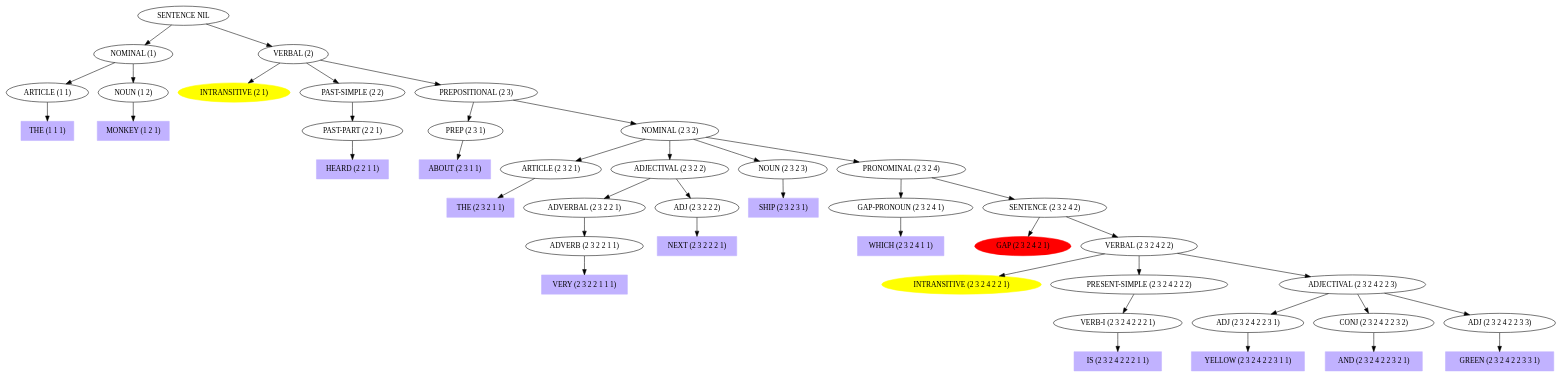
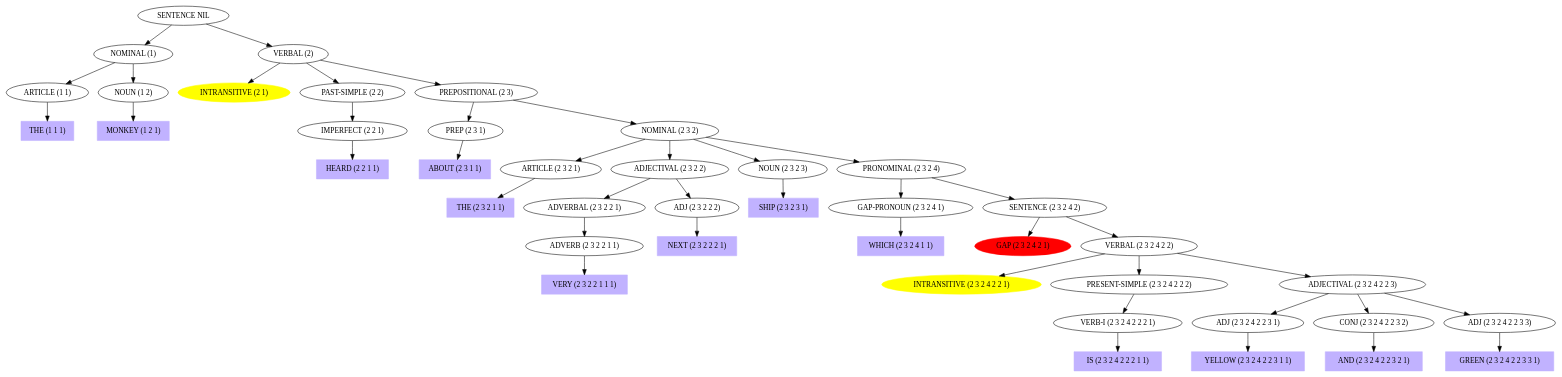
The diagram in sentence.dot (crossbowerbt/prolog-talk), drawn with Graphviz before and after one commit. The commit also changed 3 other files, not shown here.

```diff
--- a/sentence.dot
+++ b/sentence.dot
@@ -1,74 +1,74 @@
 digraph G {
 
 "SENTENCE NIL" -> "NOMINAL (1)"
 "NOMINAL (1)" -> "ARTICLE (1 1)"
 "ARTICLE (1 1)" -> "THE (1 1 1)"
 "THE (1 1 1)" [shape=box,style=filled,color=".7 .3 1.0"]
 
 "NOMINAL (1)" -> "NOUN (1 2)"
 "NOUN (1 2)" -> "MONKEY (1 2 1)"
 "MONKEY (1 2 1)" [shape=box,style=filled,color=".7 .3 1.0"]
 
 "SENTENCE NIL" -> "VERBAL (2)"
 "VERBAL (2)" -> "INTRANSITIVE (2 1)"
 "INTRANSITIVE (2 1)" [style=filled,color=yellow]
 "VERBAL (2)" -> "PAST-SIMPLE (2 2)"
-"PAST-SIMPLE (2 2)" -> "PAST-PART (2 2 1)"
-"PAST-PART (2 2 1)" -> "HEARD (2 2 1 1)"
+"PAST-SIMPLE (2 2)" -> "IMPERFECT (2 2 1)"
+"IMPERFECT (2 2 1)" -> "HEARD (2 2 1 1)"
 "HEARD (2 2 1 1)" [shape=box,style=filled,color=".7 .3 1.0"]
 
 "VERBAL (2)" -> "PREPOSITIONAL (2 3)"
 "PREPOSITIONAL (2 3)" -> "PREP (2 3 1)"
 "PREP (2 3 1)" -> "ABOUT (2 3 1 1)"
 "ABOUT (2 3 1 1)" [shape=box,style=filled,color=".7 .3 1.0"]
 
 "PREPOSITIONAL (2 3)" -> "NOMINAL (2 3 2)"
 "NOMINAL (2 3 2)" -> "ARTICLE (2 3 2 1)"
 "ARTICLE (2 3 2 1)" -> "THE (2 3 2 1 1)"
 "THE (2 3 2 1 1)" [shape=box,style=filled,color=".7 .3 1.0"]
 
 "NOMINAL (2 3 2)" -> "ADJECTIVAL (2 3 2 2)"
 "ADJECTIVAL (2 3 2 2)" -> "ADVERBAL (2 3 2 2 1)"
 "ADVERBAL (2 3 2 2 1)" -> "ADVERB (2 3 2 2 1 1)"
 "ADVERB (2 3 2 2 1 1)" -> "VERY (2 3 2 2 1 1 1)"
 "VERY (2 3 2 2 1 1 1)" [shape=box,style=filled,color=".7 .3 1.0"]
 
 "ADJECTIVAL (2 3 2 2)" -> "ADJ (2 3 2 2 2)"
 "ADJ (2 3 2 2 2)" -> "NEXT (2 3 2 2 2 1)"
 "NEXT (2 3 2 2 2 1)" [shape=box,style=filled,color=".7 .3 1.0"]
 
 "NOMINAL (2 3 2)" -> "NOUN (2 3 2 3)"
 "NOUN (2 3 2 3)" -> "SHIP (2 3 2 3 1)"
 "SHIP (2 3 2 3 1)" [shape=box,style=filled,color=".7 .3 1.0"]
 
 "NOMINAL (2 3 2)" -> "PRONOMINAL (2 3 2 4)"
 "PRONOMINAL (2 3 2 4)" -> "GAP-PRONOUN (2 3 2 4 1)"
 "GAP-PRONOUN (2 3 2 4 1)" -> "WHICH (2 3 2 4 1 1)"
 "WHICH (2 3 2 4 1 1)" [shape=box,style=filled,color=".7 .3 1.0"]
 
 "PRONOMINAL (2 3 2 4)" -> "SENTENCE (2 3 2 4 2)"
 "SENTENCE (2 3 2 4 2)" -> "GAP (2 3 2 4 2 1)"
 "GAP (2 3 2 4 2 1)" [style=filled,color=red]
 "SENTENCE (2 3 2 4 2)" -> "VERBAL (2 3 2 4 2 2)"
 "VERBAL (2 3 2 4 2 2)" -> "INTRANSITIVE (2 3 2 4 2 2 1)"
 "INTRANSITIVE (2 3 2 4 2 2 1)" [style=filled,color=yellow]
 "VERBAL (2 3 2 4 2 2)" -> "PRESENT-SIMPLE (2 3 2 4 2 2 2)"
 "PRESENT-SIMPLE (2 3 2 4 2 2 2)" -> "VERB-I (2 3 2 4 2 2 2 1)"
 "VERB-I (2 3 2 4 2 2 2 1)" -> "IS (2 3 2 4 2 2 2 1 1)"
 "IS (2 3 2 4 2 2 2 1 1)" [shape=box,style=filled,color=".7 .3 1.0"]
 
 "VERBAL (2 3 2 4 2 2)" -> "ADJECTIVAL (2 3 2 4 2 2 3)"
 "ADJECTIVAL (2 3 2 4 2 2 3)" -> "ADJ (2 3 2 4 2 2 3 1)"
 "ADJ (2 3 2 4 2 2 3 1)" -> "YELLOW (2 3 2 4 2 2 3 1 1)"
 "YELLOW (2 3 2 4 2 2 3 1 1)" [shape=box,style=filled,color=".7 .3 1.0"]
 
 "ADJECTIVAL (2 3 2 4 2 2 3)" -> "CONJ (2 3 2 4 2 2 3 2)"
 "CONJ (2 3 2 4 2 2 3 2)" -> "AND (2 3 2 4 2 2 3 2 1)"
 "AND (2 3 2 4 2 2 3 2 1)" [shape=box,style=filled,color=".7 .3 1.0"]
 
 "ADJECTIVAL (2 3 2 4 2 2 3)" -> "ADJ (2 3 2 4 2 2 3 3)"
 "ADJ (2 3 2 4 2 2 3 3)" -> "GREEN (2 3 2 4 2 2 3 3 1)"
 "GREEN (2 3 2 4 2 2 3 3 1)" [shape=box,style=filled,color=".7 .3 1.0"]
 
 
 }
```
